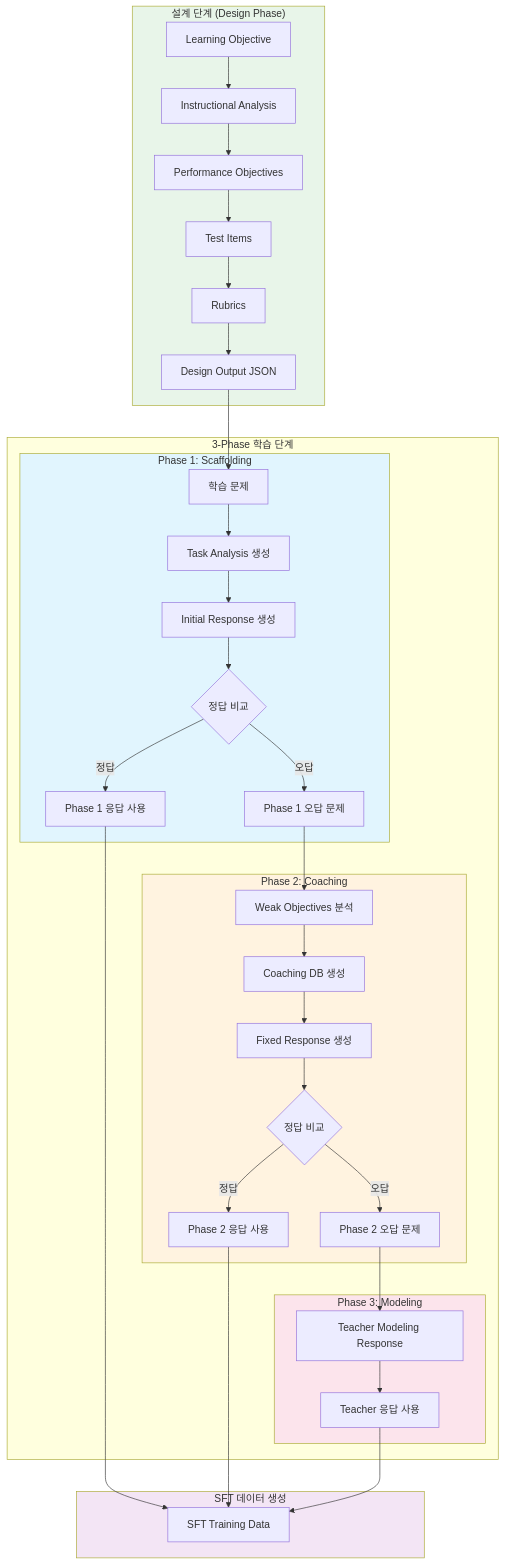
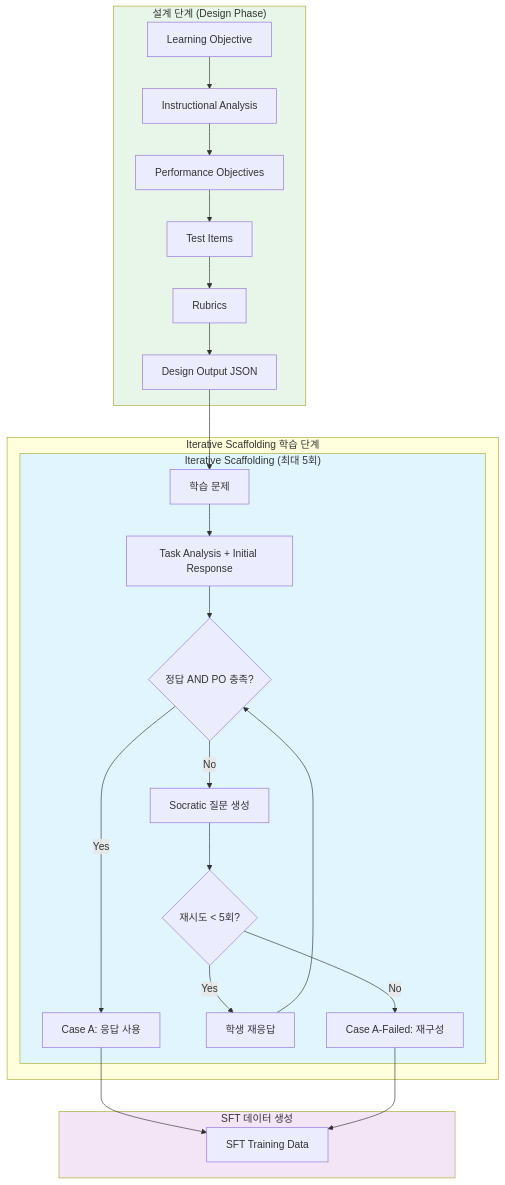
The first of 2 diagrams in ARCHITECTURE.md (SaFD-00/ID-MAS), drawn with Mermaid before and after one commit. The commit also changed other lines of this file and 9 other files, not shown here.

First line of the commit message:
refactor: Phase 2/3 제거, Iterative Scaffolding Pipeline으로 단순화

````diff
--- a/ARCHITECTURE.md
+++ b/ARCHITECTURE.md
@@ -275,48 +262,34 @@
 ```mermaid
 flowchart TB
     subgraph Design["설계 단계 (Design Phase)"]
         LO[Learning Objective] --> IA[Instructional Analysis]
         IA --> PO[Performance Objectives]
         PO --> TI[Test Items]
         TI --> RB[Rubrics]
         RB --> DO[Design Output JSON]
     end
 
-    subgraph Learning["3-Phase 학습 단계"]
-        subgraph Phase1["Phase 1: Scaffolding"]
-            P1_IN[학습 문제] --> P1_TA[Task Analysis 생성]
-            P1_TA --> P1_IR[Initial Response 생성]
-            P1_IR --> P1_CMP{정답 비교}
-            P1_CMP -->|정답| P1_OK[Phase 1 응답 사용]
-            P1_CMP -->|오답| P2_IN
-        end
-
-        subgraph Phase2["Phase 2: Coaching"]
-            P2_IN[Phase 1 오답 문제] --> P2_WO[Weak Objectives 분석]
-            P2_WO --> P2_CDB[Coaching DB 생성]
-            P2_CDB --> P2_FR[Fixed Response 생성]
-            P2_FR --> P2_CMP{정답 비교}
-            P2_CMP -->|정답| P2_OK[Phase 2 응답 사용]
-            P2_CMP -->|오답| P3_IN
-        end
-
-        subgraph Phase3["Phase 3: Modeling"]
-            P3_IN[Phase 2 오답 문제] --> P3_TM[Teacher Modeling Response]
-            P3_TM --> P3_OK[Teacher 응답 사용]
+    subgraph Learning["Iterative Scaffolding 학습 단계"]
+        subgraph Scaffolding["Iterative Scaffolding (최대 5회)"]
+            S_IN[학습 문제] --> S_TA[Task Analysis + Initial Response]
+            S_TA --> S_EVAL{정답 AND PO 충족?}
+            S_EVAL -->|Yes| S_OK[Case A: 응답 사용]
+            S_EVAL -->|No| S_SOCRATIC[Socratic 질문 생성]
+            S_SOCRATIC --> S_RETRY{재시도 < 5회?}
+            S_RETRY -->|Yes| S_RESPOND[학생 재응답]
+            S_RESPOND --> S_EVAL
+            S_RETRY -->|No| S_FAILED[Case A-Failed: 재구성]
         end
     end
 
     subgraph Output["SFT 데이터 생성"]
-        P1_OK --> SFT[SFT Training Data]
-        P2_OK --> SFT
-        P3_OK --> SFT
+        S_OK --> SFT[SFT Training Data]
+        S_FAILED --> SFT
     end
 
-    DO --> P1_IN
+    DO --> S_IN
 
-    style Phase1 fill:#e1f5fe
-    style Phase2 fill:#fff3e0
-    style Phase3 fill:#fce4ec
+    style Scaffolding fill:#e1f5fe
     style Design fill:#e8f5e9
     style Output fill:#f3e5f5
 ```
````
